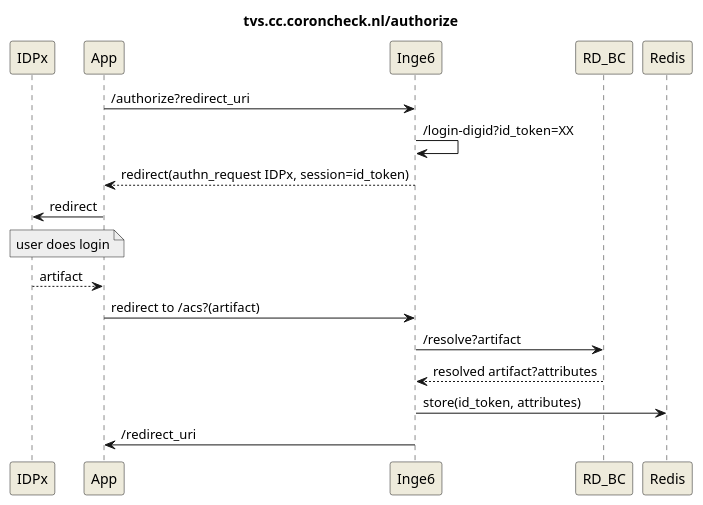
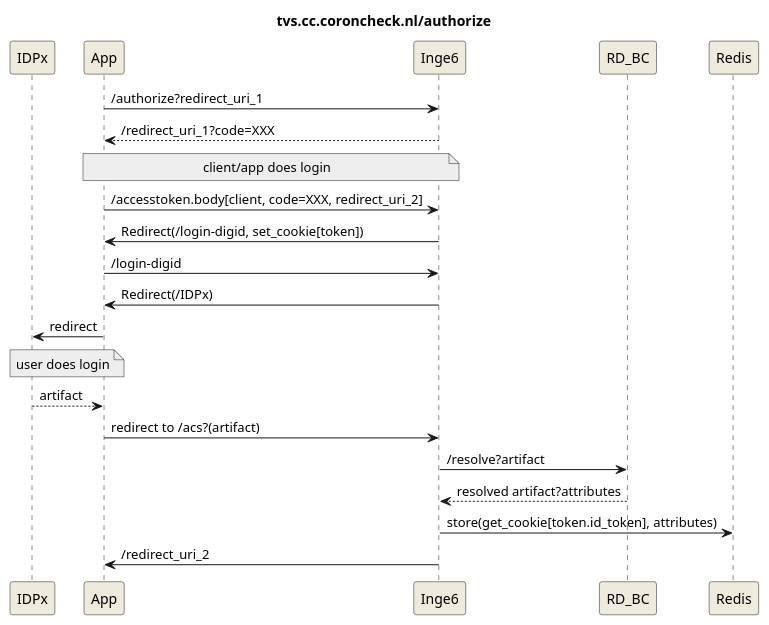
Before and after one commit to minvws/nl-rdo-max: the diagram in docs/tvs-oidc-puml.wsd, drawn with PlantUML. The commit also changed 2 other files, not shown here.

Commit message:
Added docs on code flow

```diff
--- a/docs/tvs-oidc-puml.wsd
+++ b/docs/tvs-oidc-puml.wsd
@@ -1,26 +1,31 @@
 @startuml
 title tvs.cc.coroncheck.nl/authorize
 
 skinparam backgroundColor white
 skinparam participantBackgroundColor #EEEBDC
 skinparam noteBackgroundColor #EEE
 
 participant IDPx
 participant App
 
-App->Inge6:/authorize?redirect_uri
-Inge6->Inge6:/login-digid?id_token=XX
+App->Inge6:/authorize?redirect_uri_1
+App<--Inge6:/redirect_uri_1?code=XXX
 
-App<--Inge6:redirect(authn_request IDPx, session=id_token)
+note over App, Inge6:client/app does login
+App->Inge6:/accesstoken.body[client, code=XXX, redirect_uri_2]
+
+Inge6->App:Redirect(/login-digid, set_cookie[token])
+App->Inge6:/login-digid
+Inge6->App:Redirect(/IDPx)
 
 App->IDPx:redirect
 note over App, IDPx:user does login
 IDPx-->App:artifact
 App->Inge6:redirect to /acs?(artifact)
 
 Inge6->RD_BC:/resolve?artifact
 Inge6<--RD_BC:resolved artifact?attributes
 
-Inge6->Redis:store(id_token, attributes)
-Inge6->App:/redirect_uri
+Inge6->Redis:store(get_cookie[token.id_token], attributes)
+Inge6->App:/redirect_uri_2
 @enduml
```
